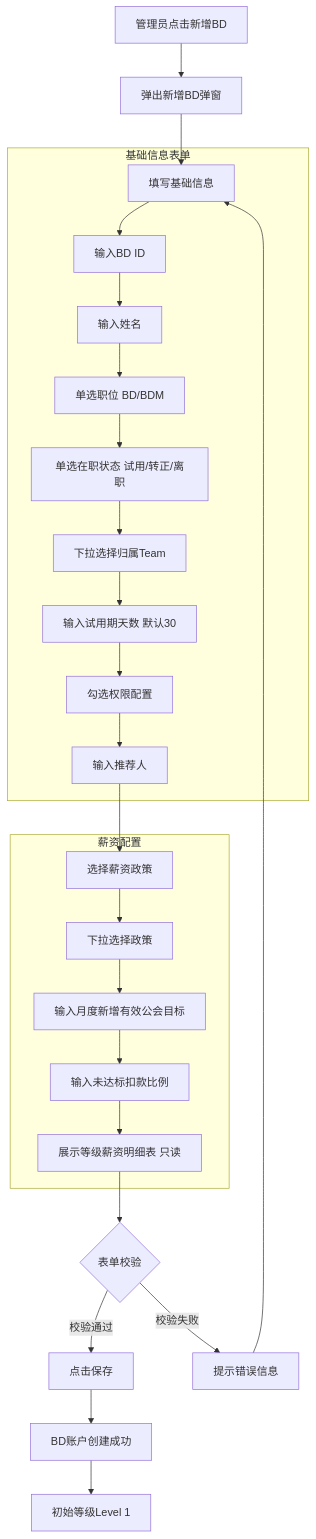
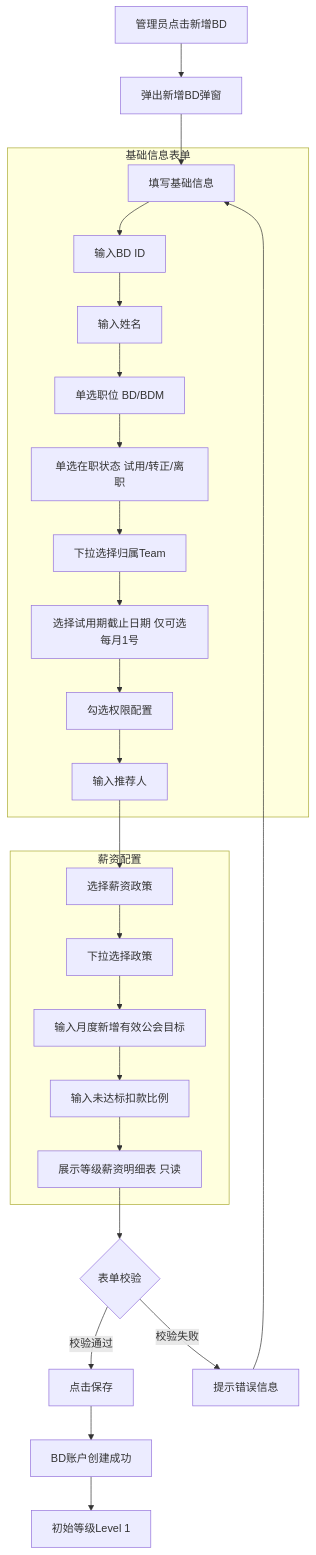
The fourth of 12 diagrams in BDM系统1.0需求文档.md (kocekid/BDM-System-1.0-Requirements), drawn with Mermaid before and after one commit. The commit also changed other lines of this file and 54 other files, not shown here.

Commit message:
更新BDM需求文档与原型图

````diff
--- a/BDM系统1.0需求文档.md
+++ b/BDM系统1.0需求文档.md
@@ -279,32 +279,32 @@
 ```mermaid
 flowchart TD
     A[管理员点击新增BD] --> B[弹出新增BD弹窗]
     B --> C[填写基础信息]
     
     subgraph 基础信息表单
     C --> C1[输入BD ID]
     C1 --> C2[输入姓名]
     C2 --> C3[单选职位 BD/BDM]
     C3 --> C4[单选在职状态 试用/转正/离职]
     C4 --> C5[下拉选择归属Team]
-    C5 --> C6[输入试用期天数 默认30]
+    C5 --> C6[选择试用期截止日期 仅可选每月1号]
     C6 --> C7[勾选权限配置]
     C7 --> C8[输入推荐人]
     end
     
     C8 --> D[选择薪资政策]
     
     subgraph 薪资配置
     D --> D1[下拉选择政策]
     D1 --> D2[输入月度新增有效公会目标]
     D2 --> D3[输入未达标扣款比例]
     D3 --> D4[展示等级薪资明细表 只读]
     end
     
     D4 --> E{表单校验}
     E -->|校验通过| F[点击保存]
     E -->|校验失败| G[提示错误信息]
     G --> C
     F --> H[BD账户创建成功]
     H --> I[初始等级Level 1]
 ```
````
